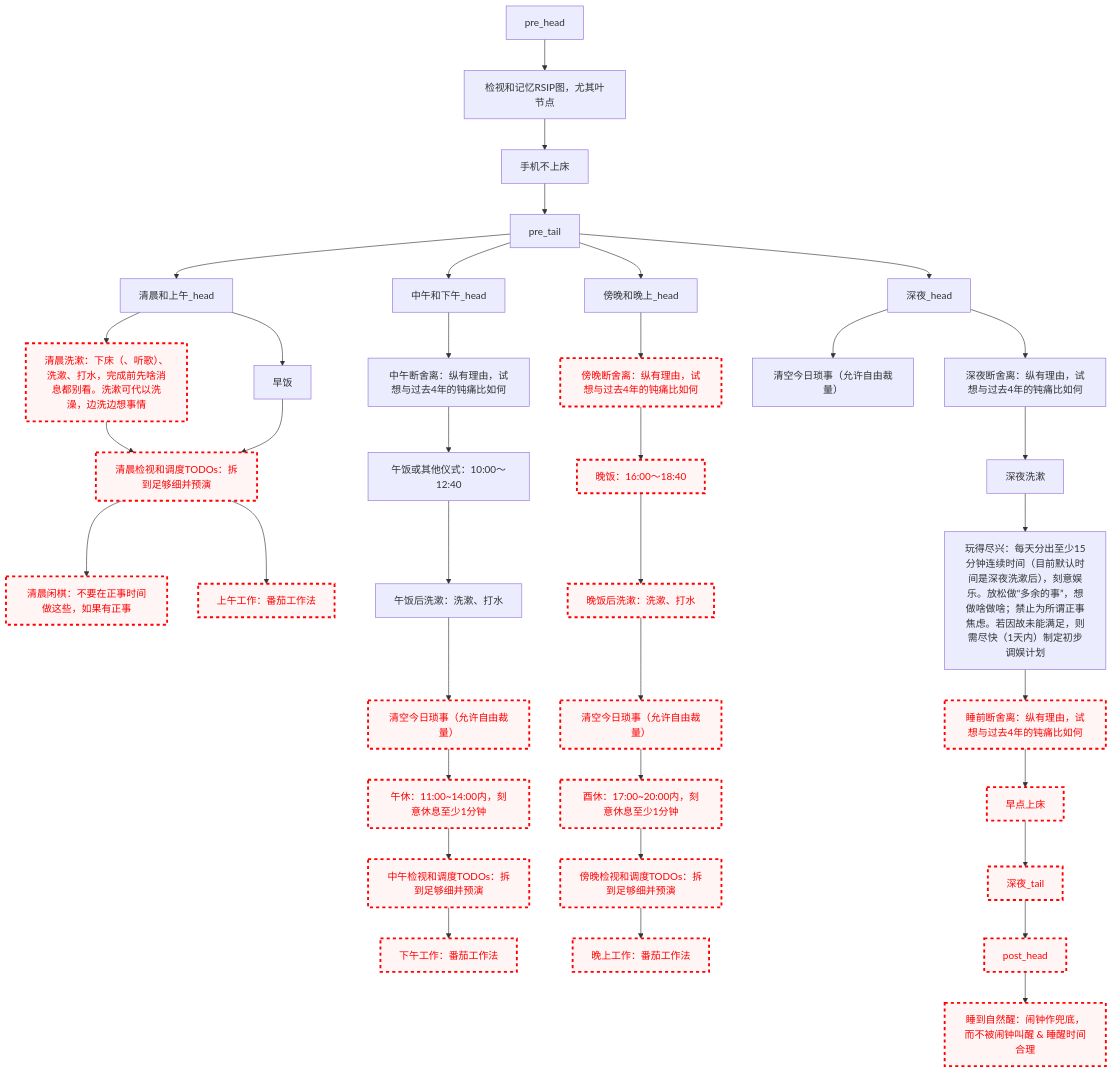
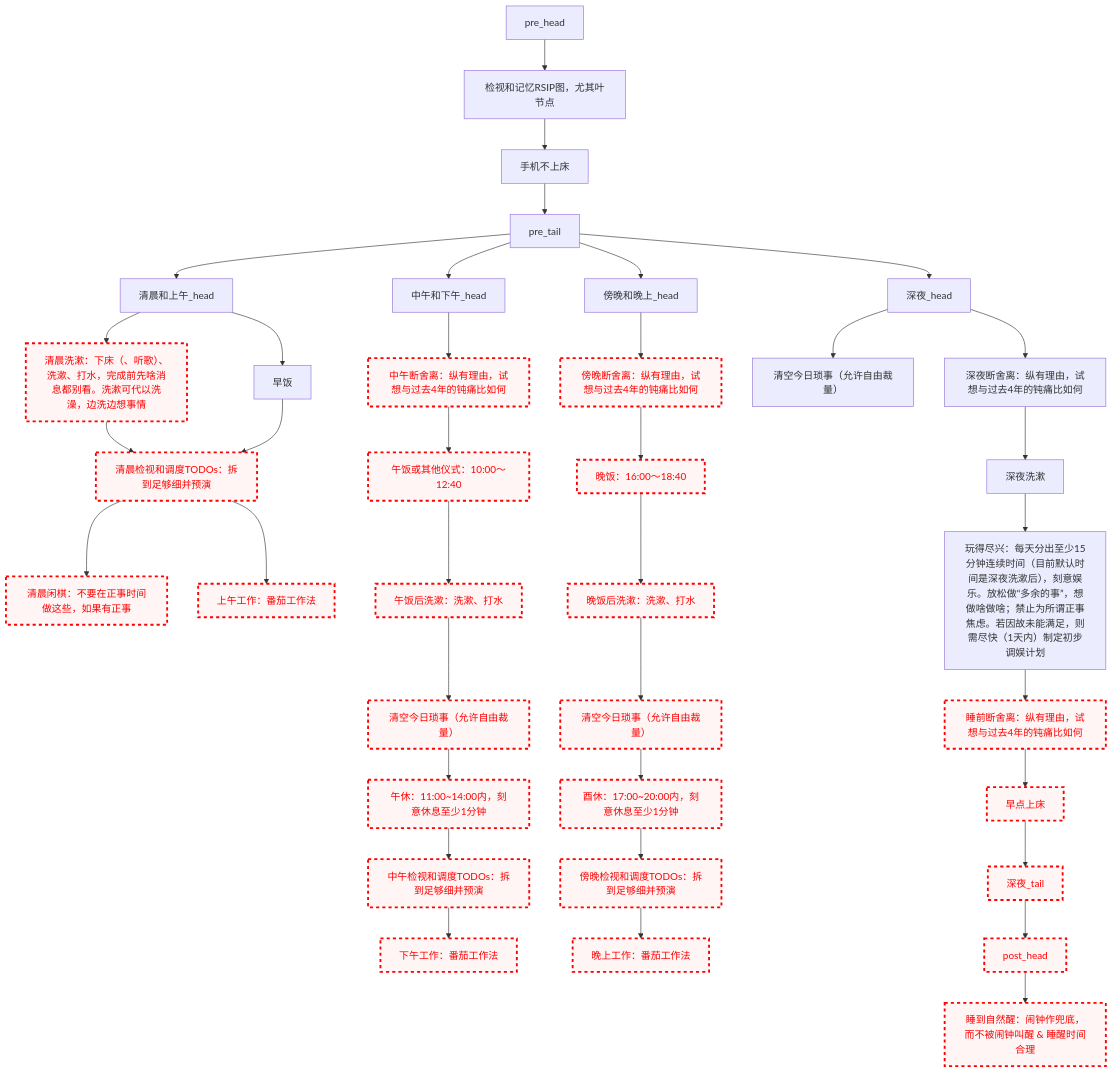
Before and after one commit to Ethkuil/RSIP-tree: the diagram in README.md, drawn with Mermaid.

Commit message:
disable 中午断舍离

````diff
--- a/README.md
+++ b/README.md
@@ -21,70 +21,73 @@
 ```mermaid
 graph TD
 
 classDef failed stroke:#ff0000, stroke-width:3px, color:#ff0000, fill:#fff5f5, stroke-dasharray: 5
 
 pre_head --> RSIP[检视和记忆RSIP图，尤其叶节点]
 RSIP --> 手机不上床
 手机不上床 --> pre_tail
 
 
 pre_tail --> 清晨和上午_head
 清晨和上午_head --> 清晨洗漱
 清晨洗漱[清晨洗漱：下床（、听歌）、洗漱、打水，完成前先啥消息都别看。洗漱可代以洗澡，边洗边想事情]
 class 清晨洗漱 failed
 清晨和上午_head --> 早饭
 清晨洗漱 --> 清晨看TODO[清晨检视和调度TODOs：拆到足够细并预演]
 早饭 --> 清晨看TODO
 class 清晨看TODO failed
 清晨看TODO --> 清晨闲棋[清晨闲棋：不要在正事时间做这些，如果有正事]
 class 清晨闲棋 failed
 清晨看TODO --> 上午工作[上午工作：番茄工作法]
 class 上午工作 failed
 
 pre_tail --> 中午和下午_head
 中午和下午_head --> 中午断舍离[中午断舍离：纵有理由，试想与过去4年的钝痛比如何]
+class 中午断舍离 failed
 中午断舍离 --> 午饭[午饭或其他仪式：10:00～12:40]
+class 午饭 failed
 午饭 --> 午饭后洗漱[午饭后洗漱：洗漱、打水]
+class 午饭后洗漱 failed
 午饭后洗漱 --> 中午今日琐事[清空今日琐事（允许自由裁量）]
 class 中午今日琐事 failed
 中午今日琐事 --> 午休[午休：11:00~14:00内，刻意休息至少1分钟]
 class 午休 failed
 午休 --> 中午看TODO[中午检视和调度TODOs：拆到足够细并预演]
 class 中午看TODO failed
 中午看TODO --> 下午工作[下午工作：番茄工作法]
 class 下午工作 failed
 
 pre_tail --> 傍晚和晚上_head
 傍晚和晚上_head --> 傍晚断舍离[傍晚断舍离：纵有理由，试想与过去4年的钝痛比如何]
 class 傍晚断舍离 failed
 傍晚断舍离 --> 晚饭[晚饭：16:00～18:40]
 class 晚饭 failed
 晚饭 --> 晚饭后洗漱[晚饭后洗漱：洗漱、打水]
 class 晚饭后洗漱 failed
 晚饭后洗漱 --> 傍晚今日琐事[清空今日琐事（允许自由裁量）]
 class 傍晚今日琐事 failed
 傍晚今日琐事 --> 酉休[酉休：17:00~20:00内，刻意休息至少1分钟]
 class 酉休 failed
 酉休 --> 傍晚看TODO[傍晚检视和调度TODOs：拆到足够细并预演]
 class 傍晚看TODO failed
 傍晚看TODO --> 晚上工作[晚上工作：番茄工作法]
 class 晚上工作 failed
 
 pre_tail --> 深夜_head
 深夜_head --> 深夜今日琐事[清空今日琐事（允许自由裁量）]
 深夜_head --> 深夜断舍离[深夜断舍离：纵有理由，试想与过去4年的钝痛比如何]
 深夜断舍离 --> 深夜洗漱
 深夜洗漱 --> 玩得尽兴[玩得尽兴：每天分出至少15分钟连续时间（目前默认时间是深夜洗漱后），刻意娱乐。放松做“多余的事”，想做啥做啥；禁止为所谓正事焦虑。若因故未能满足，则需尽快（1天内）制定初步调娱计划]
 玩得尽兴 --> 睡前断舍离[睡前断舍离：纵有理由，试想与过去4年的钝痛比如何]
 class 睡前断舍离 failed
 睡前断舍离 --> 早点上床
 class 早点上床 failed
 早点上床 --> 深夜_tail
 class 深夜_tail failed
 
 
 深夜_tail --> post_head
 class post_head failed
 post_head --> 睡到自然醒[睡到自然醒：闹钟作兜底，而不被闹钟叫醒 & 睡醒时间合理]
 class 睡到自然醒 failed
 ```
````
